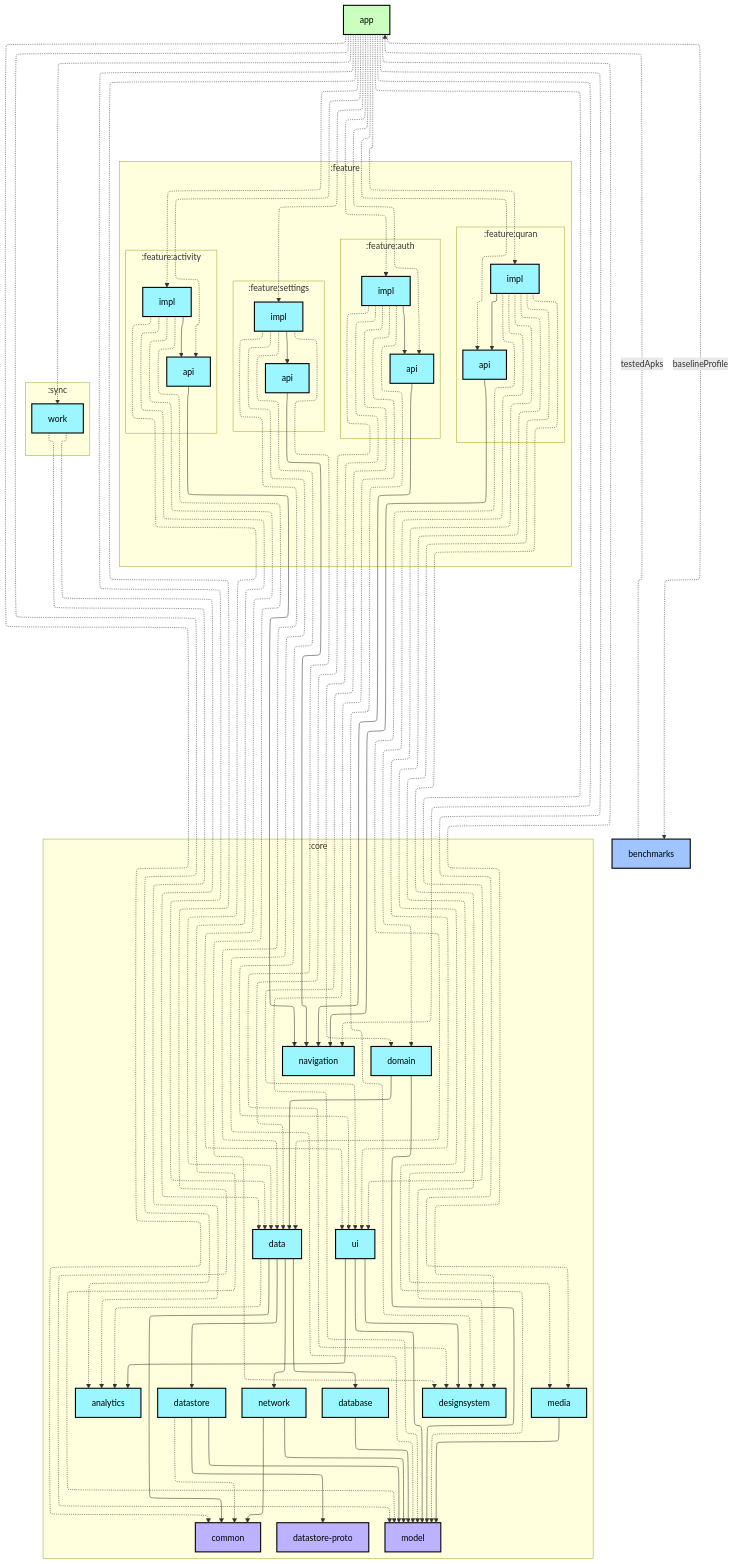
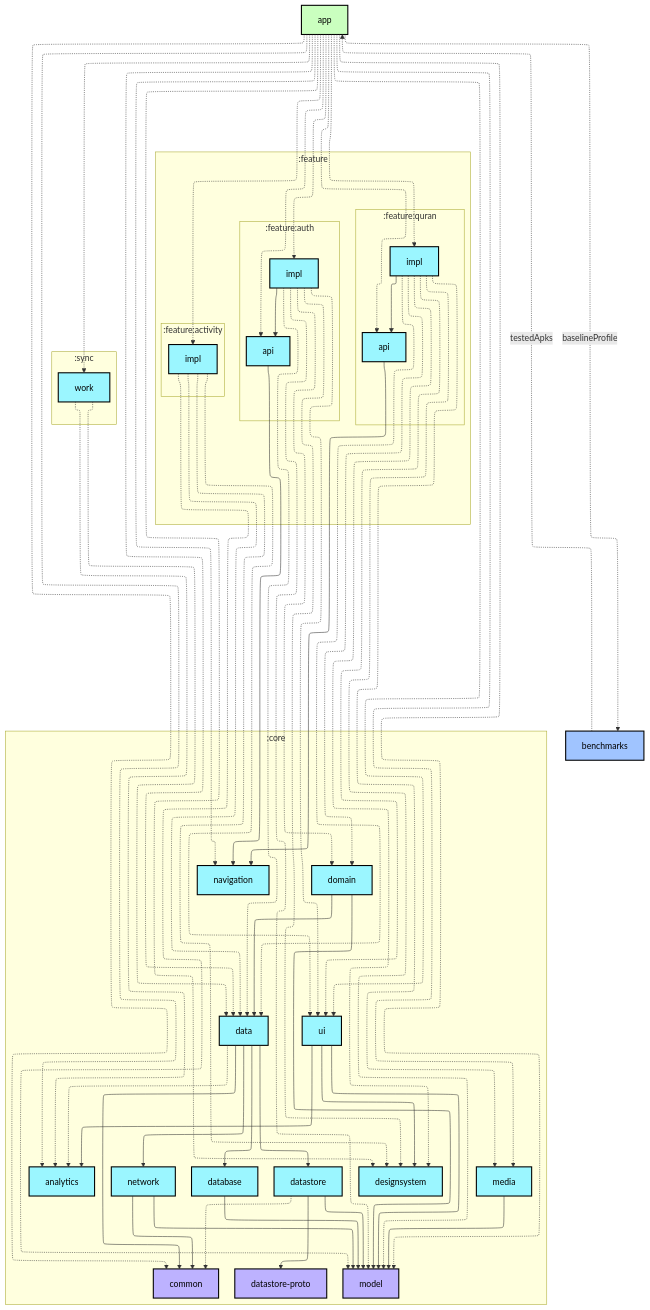
One commit to alfariesh/surau-android changed the first of 2 diagrams in app/README.md. Above: the diagram before and after it, drawn with Mermaid. The commit also changed 120 other files, not shown here.

```diff
--- a/app/README.md
+++ b/app/README.md
@@ -13,14 +13,8 @@
 graph TB
   subgraph :feature
     direction TB
-    subgraph :feature:settings
-      direction TB
-      :feature:settings:api[api]:::android-library
-      :feature:settings:impl[impl]:::android-library
-    end
     subgraph :feature:activity
       direction TB
-      :feature:activity:api[api]:::android-library
       :feature:activity:impl[impl]:::android-library
     end
     subgraph :feature:auth
@@ -66,13 +60,11 @@
   :app -.-> :core:model
   :app -.-> :core:navigation
   :app -.-> :core:ui
-  :app -.-> :feature:activity:api
   :app -.-> :feature:activity:impl
   :app -.-> :feature:auth:api
   :app -.-> :feature:auth:impl
   :app -.-> :feature:quran:api
   :app -.-> :feature:quran:impl
-  :app -.-> :feature:settings:impl
   :app -.-> :sync:work
   :benchmarks -.->|testedApks| :app
   :core:data -.-> :core:analytics
@@ -92,12 +84,10 @@
   :core:ui --> :core:analytics
   :core:ui --> :core:designsystem
   :core:ui --> :core:model
-  :feature:activity:api --> :core:navigation
   :feature:activity:impl -.-> :core:data
   :feature:activity:impl -.-> :core:designsystem
   :feature:activity:impl -.-> :core:model
   :feature:activity:impl -.-> :core:ui
-  :feature:activity:impl --> :feature:activity:api
   :feature:auth:api --> :core:navigation
   :feature:auth:impl -.-> :core:data
   :feature:auth:impl -.-> :core:designsystem
@@ -113,12 +103,6 @@
   :feature:quran:impl -.-> :core:model
   :feature:quran:impl -.-> :core:ui
   :feature:quran:impl --> :feature:quran:api
-  :feature:settings:api --> :core:navigation
-  :feature:settings:impl -.-> :core:data
-  :feature:settings:impl -.-> :core:designsystem
-  :feature:settings:impl -.-> :core:model
-  :feature:settings:impl -.-> :core:ui
-  :feature:settings:impl --> :feature:settings:api
   :sync:work -.-> :core:analytics
   :sync:work -.-> :core:data
 
```
